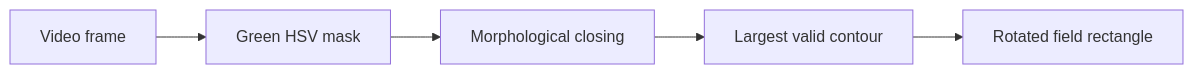
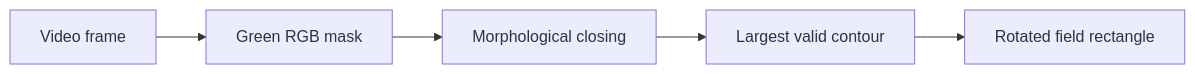
One commit to maximedrn/foosball-tracking changed the first of 3 diagrams in README.md. Above: the diagram before and after it, drawn with Mermaid. The commit also changed other lines of this file and 10 other files, not shown here.

````diff
--- a/README.md
+++ b/README.md
@@ -32,7 +32,7 @@
 ```mermaid
 flowchart LR
-    A[Video frame] --> B[Green HSV mask]
+    A[Video frame] --> B[Green RGB mask]
     B --> C[Morphological closing]
     C --> D[Largest valid contour]
     D --> E[Rotated field rectangle]
 ```
````
